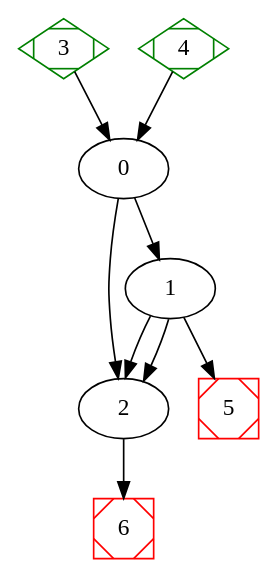
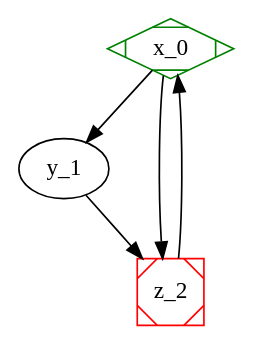
The diagram in Open_digraph.dot (Livarg/Projet2-IM), drawn with Graphviz before and after one commit. The commit also changed 4 other files, not shown here.

```diff
--- a/Open_digraph.dot
+++ b/Open_digraph.dot
@@ -1,16 +1,13 @@
 digraph G { 
 
     0->1;
     0->2;
+    0[label = x_0]; 
+    0[shape = Mdiamond, color = green];
     1->2;
-    1->2;
-    1->5;
-    2->6;
-    3->0;
-    3[shape = Mdiamond, color = green];
-    4->0;
-    4[shape = Mdiamond, color = green];
-    5[shape = Msquare, color = red];
-    6[shape = Msquare, color = red];
+    1[label = y_1]; 
+    2->0;
+    2[label = z_2]; 
+    2[shape = Msquare, color = red];
 
 }
```
